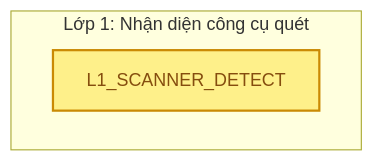
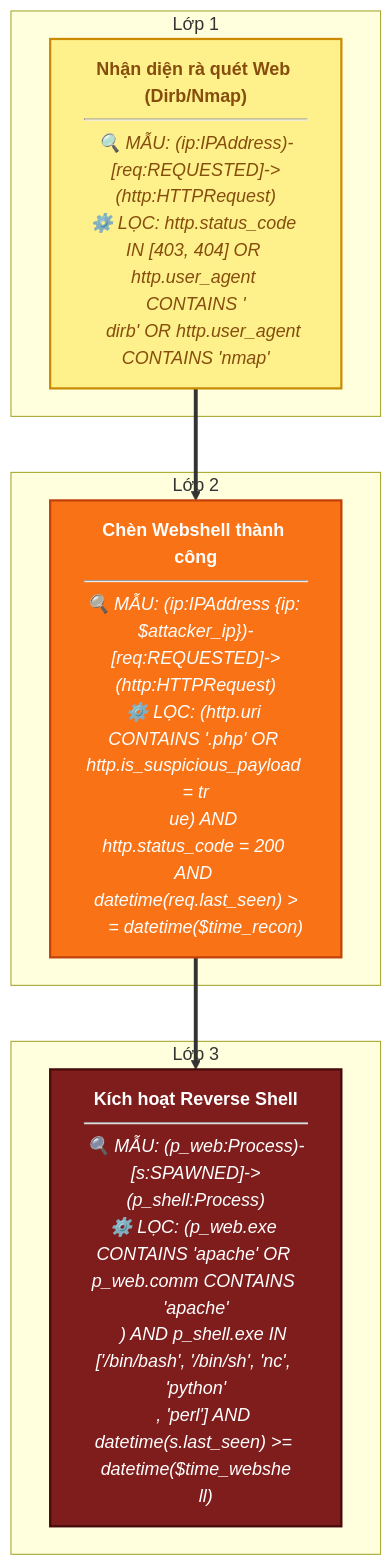
The tenth of 14 diagrams in all_rules/README.md (ttm62/bug-free-doodle), drawn with Mermaid before and after one commit. The commit also changed other lines of this file and 31 other files, not shown here.

````diff
--- a/all_rules/README.md
+++ b/all_rules/README.md
@@ -238,11 +163,19 @@
 ```mermaid
 graph TD
     classDef low fill:#fef08a,stroke:#ca8a04,stroke-width:2px,color:#854d0e;
     classDef medium fill:#f97316,stroke:#c2410c,stroke-width:2px,color:#fff;
     classDef high fill:#dc2626,stroke:#991b1b,stroke-width:2px,color:#fff;
     classDef critical fill:#7f1d1d,stroke:#450a0a,stroke-width:2px,color:#fff;
 
-    subgraph Layer1 ["Lớp 1: Nhận diện công cụ quét"]
-        L1_SCANNER_DETECT["L1_SCANNER_DETECT"]:::low
+    subgraph Layer_L1_WEB_RECON ["Lớp 1"]
+        L1_WEB_RECON["<b>Nhận diện rà quét Web (Dirb/Nmap)</b><br/><hr/><i>🔍 MẪU: (ip:IPAddress)-[req:REQUESTED]->(http:HTTPRequest)<br/>⚙️ LỌC: http.status_code IN [403, 404] OR http.user_agent CONTAINS '<br/>&nbsp;&nbsp;&nbsp;&nbsp;dirb' OR http.user_agent CONTAINS 'nmap'</i>"]:::low
     end
+    subgraph Layer_L2_WEBSHELL_UPLOAD ["Lớp 2"]
+        L2_WEBSHELL_UPLOAD["<b>Chèn Webshell thành công</b><br/><hr/><i>🔍 MẪU: (ip:IPAddress {ip: $attacker_ip})-[req:REQUESTED]->(http:HTTPRequest)<br/>⚙️ LỌC: (http.uri CONTAINS '.php' OR http.is_suspicious_payload = tr<br/>&nbsp;&nbsp;&nbsp;&nbsp;ue) AND http.status_code = 200 AND datetime(req.last_seen) ><br/>&nbsp;&nbsp;&nbsp;&nbsp;= datetime($time_recon)</i>"]:::medium
+    end
+    L1_WEB_RECON ==> L2_WEBSHELL_UPLOAD
+    subgraph Layer_L3_REVERSE_SHELL ["Lớp 3"]
+        L3_REVERSE_SHELL["<b>Kích hoạt Reverse Shell</b><br/><hr/><i>🔍 MẪU: (p_web:Process)-[s:SPAWNED]->(p_shell:Process)<br/>⚙️ LỌC: (p_web.exe CONTAINS 'apache' OR p_web.comm CONTAINS 'apache'<br/>&nbsp;&nbsp;&nbsp;&nbsp;) AND p_shell.exe IN ['/bin/bash', '/bin/sh', 'nc', 'python'<br/>&nbsp;&nbsp;&nbsp;&nbsp;, 'perl'] AND datetime(s.last_seen) >= datetime($time_webshe<br/>&nbsp;&nbsp;&nbsp;&nbsp;ll)</i>"]:::critical
+    end
+    L2_WEBSHELL_UPLOAD ==> L3_REVERSE_SHELL
 ```
````
